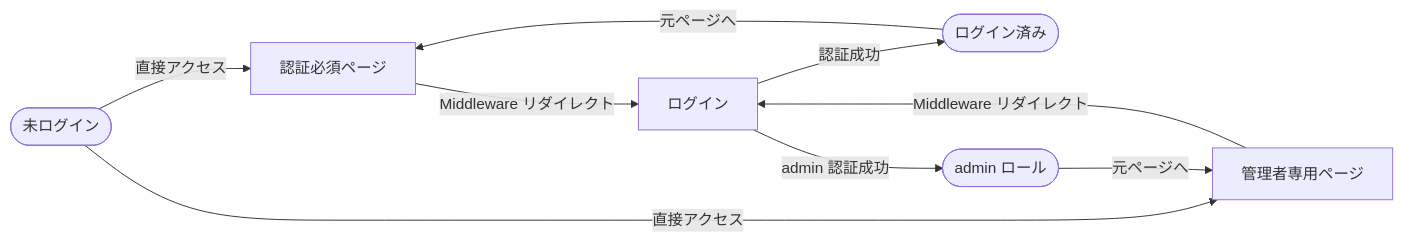
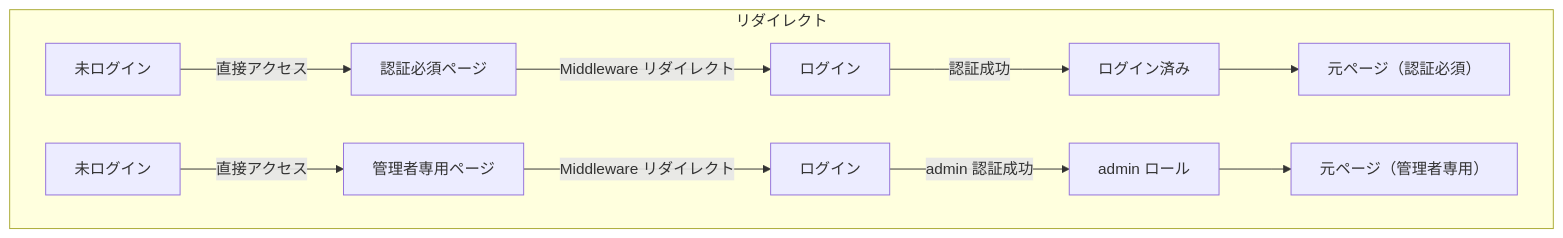
One commit to taddy-korokoro/hana-nav changed the third of 4 diagrams in docs/design-docs/02_screen-flow.md. Above: the diagram before and after it, drawn with Mermaid. The commit also changed other lines of this file, not shown here.

First line of the commit message:
docs(design-docs): T02 画面遷移図の Mermaid ダイアグラムを整形

````diff
--- a/docs/design-docs/02_screen-flow.md
+++ b/docs/design-docs/02_screen-flow.md
@@ -119,14 +124,9 @@
 ```mermaid
+%%{init: {'flowchart': {'curve': 'step'}}}%%
 flowchart LR
-    UNAUTH([未ログイン])
-
-    UNAUTH -->|直接アクセス| PROTECT[認証必須ページ]
-    PROTECT -->|Middleware リダイレクト| LOGIN[ログイン]
-    LOGIN -->|認証成功| AUTHED([ログイン済み])
-    AUTHED -->|元ページへ| PROTECT
-
-    UNAUTH -->|直接アクセス| ADMIN_PROTECT[管理者専用ページ]
-    ADMIN_PROTECT -->|Middleware リダイレクト| LOGIN
-    LOGIN -->|admin 認証成功| ADMIN([admin ロール])
-    ADMIN -->|元ページへ| ADMIN_PROTECT
+    subgraph sg3["リダイレクト"]
+        direction LR
+        A1[未ログイン] -->|直接アクセス| A2[認証必須ページ] -->|Middleware リダイレクト| A3[ログイン] -->|認証成功| A4[ログイン済み] --> A5[元ページ（認証必須）]
+        B1[未ログイン] -->|直接アクセス| B2[管理者専用ページ] -->|Middleware リダイレクト| B3[ログイン] -->|admin 認証成功| B4[admin ロール] --> B5[元ページ（管理者専用）]
+    end
 ```
````
